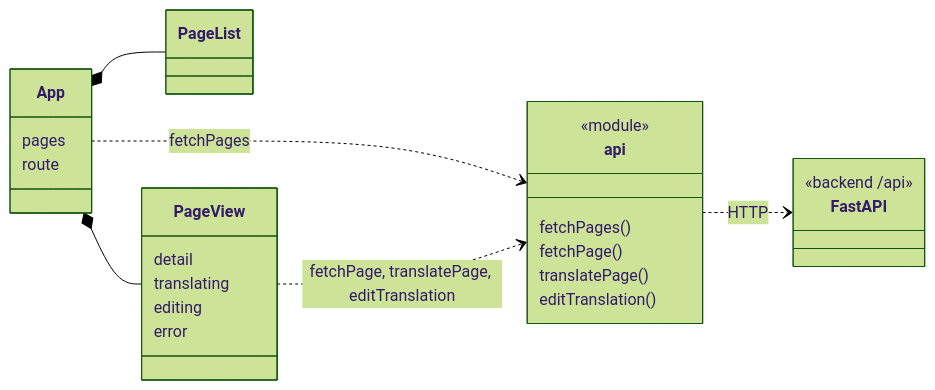
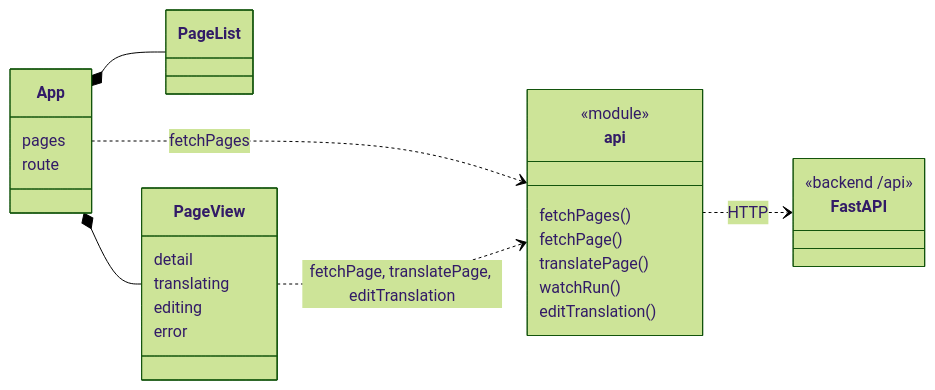
The eighth of 8 diagrams in docs/design.md (EUVUD/Fukidashi), drawn with Mermaid (forest theme) before and after one commit. The commit also changed other lines of this file and 4 other files, not shown here.

````diff
--- a/docs/design.md
+++ b/docs/design.md
@@ -490,32 +498,33 @@
 ```mermaid
 classDiagram
     direction LR
 
     class App {
         pages
         route
     }
     class PageList
     class PageView {
         detail
         translating
         editing
         error
     }
     class api {
         <<module>>
         fetchPages()
         fetchPage()
         translatePage()
+        watchRun()
         editTranslation()
     }
     class FastAPI {
         <<backend /api>>
     }
 
     App *-- PageList
     App *-- PageView
     App ..> api : fetchPages
     PageView ..> api : fetchPage, translatePage, editTranslation
     api ..> FastAPI : HTTP
 ```
````
